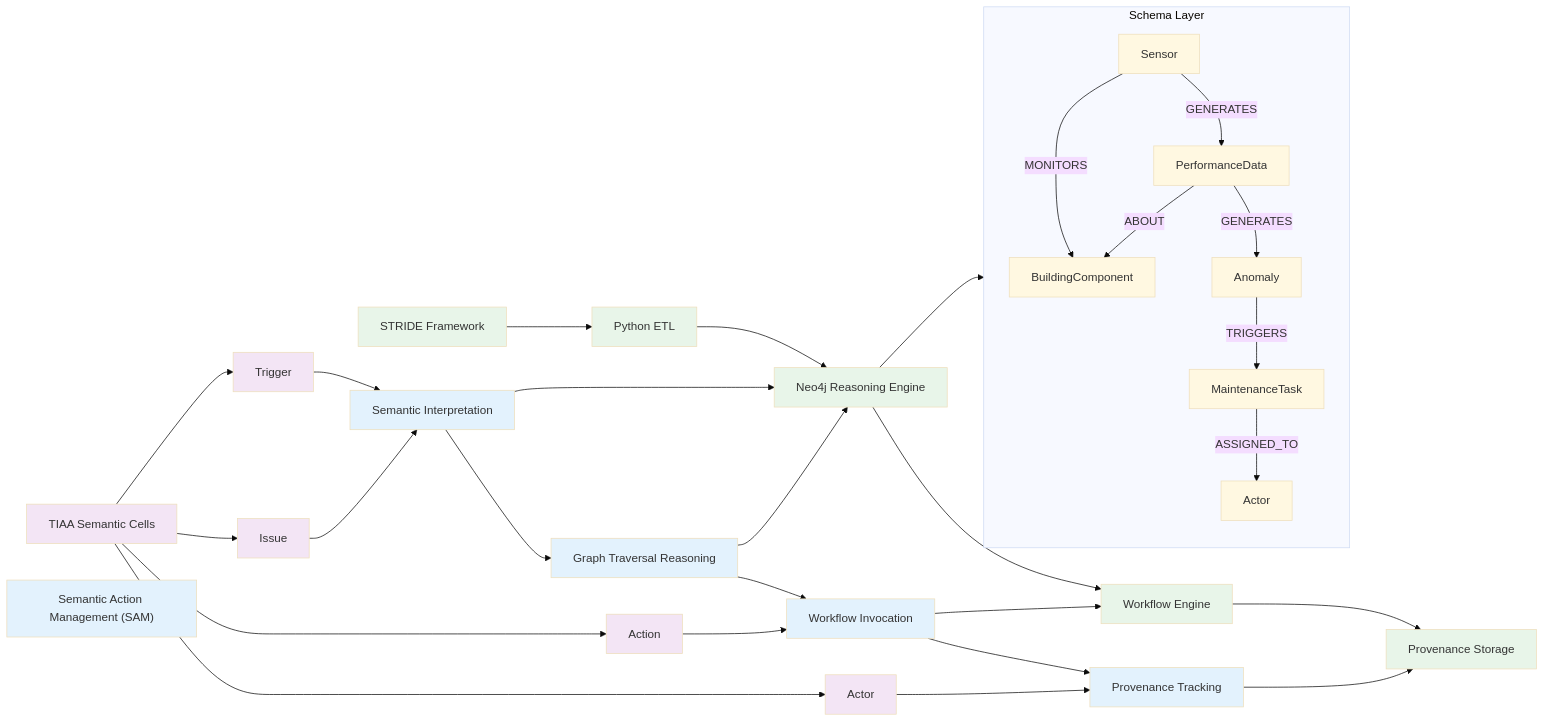
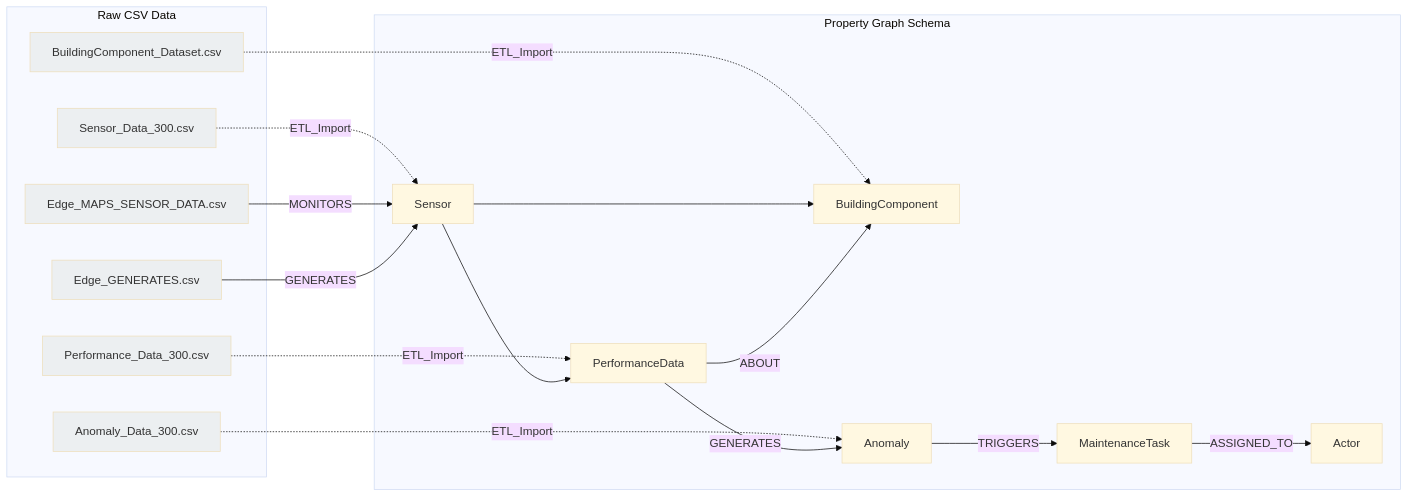
One commit to chienpu/public-phd-sam changed the diagram in 02_data/README.md. Above: the diagram before and after it, drawn with Mermaid (base theme).

Commit message:
Revise README.md for data flow and schema clarity

````diff
--- a/02_data/README.md
+++ b/02_data/README.md
@@ -258,84 +258,63 @@
 flowchart LR
 
     %% ============================
-    %% TIAA Semantic Cells
+    %% Raw CSV Data
     %% ============================
-    TIAA["TIAA Semantic Cells"]
-    Trigger["Trigger"]
-    Issue["Issue"]
-    ActionNode["Action"]
-    ActorNode["Actor"]
-
-    TIAA --> Trigger
-    TIAA --> Issue
-    TIAA --> ActionNode
-    TIAA --> ActorNode
+    subgraph RAW["Raw CSV Data"]
+        BCcsv["BuildingComponent_Dataset.csv"]
+        SDcsv["Sensor_Data_300.csv"]
+        PDcsv["Performance_Data_300.csv"]
+        ADcsv["Anomaly_Data_300.csv"]
+        EMcsv["Edge_MAPS_SENSOR_DATA.csv"]
+        EGcsv["Edge_GENERATES.csv"]
+    end
 
     %% ============================
-    %% SAM Layer
+    %% Neo4j Graph Schema
     %% ============================
-    SAM["Semantic Action Management (SAM)"]
-    Semantic["Semantic Interpretation"]
-    Traversal["Graph Traversal Reasoning"]
-    Workflow["Workflow Invocation"]
-    Provenance["Provenance Tracking"]
-
-    Trigger --> Semantic
-    Issue --> Semantic
-    Semantic --> Traversal --> Workflow --> Provenance
-    ActionNode --> Workflow
-    ActorNode --> Provenance
+    subgraph SCHEMA["Property Graph Schema"]
+        Sensor["Sensor"]
+        BC["BuildingComponent"]
+        PDnode["PerformanceData"]
+        Anode["Anomaly"]
+        Task["MaintenanceTask"]
+        Actor["Actor"]
+    end
 
     %% ============================
-    %% STRIDE Layer
+    %% ETL Imports (Dashed Line)
     %% ============================
-    STRIDE["STRIDE Framework"]
-    ETL["Python ETL"]
-    Reasoning["Neo4j Reasoning Engine"]
-    WEngine["Workflow Engine"]
-    PStore["Provenance Storage"]
-
-    STRIDE --> ETL --> Reasoning --> WEngine --> PStore
-
-    Semantic --> Reasoning
-    Traversal --> Reasoning
-    Workflow --> WEngine
-    Provenance --> PStore
+    BCcsv -.->|ETL_Import| BC
+    SDcsv -.->|ETL_Import| Sensor
+    PDcsv -.->|ETL_Import| PDnode
+    ADcsv -.->|ETL_Import| Anode
 
     %% ============================
-    %% Graph Schema Layer
+    %% Edge Mapping from CSV
     %% ============================
-    subgraph PG["Schema Layer"]
-        Sensor["Sensor"]
-        BC["BuildingComponent"]
-        PD["PerformanceData"]
-        Anomaly["Anomaly"]
-        Task["MaintenanceTask"]
-        Act["Actor"]
+    EMcsv -->|MONITORS| Sensor
+    Sensor --> BC
 
-        Sensor -->|MONITORS| BC
-        Sensor -->|GENERATES| PD
-        PD -->|ABOUT| BC
-        PD -->|GENERATES| Anomaly
-        Anomaly -->|TRIGGERS| Task
-        Task -->|ASSIGNED_TO| Act
-    end
+    EGcsv -->|GENERATES| Sensor
+    Sensor --> PDnode
 
-    Reasoning --> PG
+    %% ============================
+    %% Semantic Schema Relations
+    %% ============================
+    PDnode -->|ABOUT| BC
+    PDnode -->|GENERATES| Anode
+    Anode -->|TRIGGERS| Task
+    Task -->|ASSIGNED_TO| Actor
 
 
     %% ============================
-    %% CLASS DEFINITIONS
+    %% CLASS DEFINITIONS (GitHub Safe)
     %% ============================
-    classDef tiaa fill:#F3E5F5;
-    classDef sam fill:#E3F2FD;
-    classDef stride fill:#E8F5E9;
+    classDef raw fill:#ECEFF1;
     classDef schema fill:#FFF8E1;
+    classDef etlstroke stroke-dasharray: 5 5;
 
-    class TIAA,Trigger,Issue,ActionNode,ActorNode tiaa;
-    class SAM,Semantic,Traversal,Workflow,Provenance sam;
-    class STRIDE,ETL,Reasoning,WEngine,PStore stride;
-    class Sensor,BC,PD,Anomaly,Task,Act schema;
-
+    class BCcsv,SDcsv,PDcsv,ADcsv,EMcsv,EGcsv raw;
+    class Sensor,BC,PDnode,Anode,Task,Actor schema;
 
 ```
````
